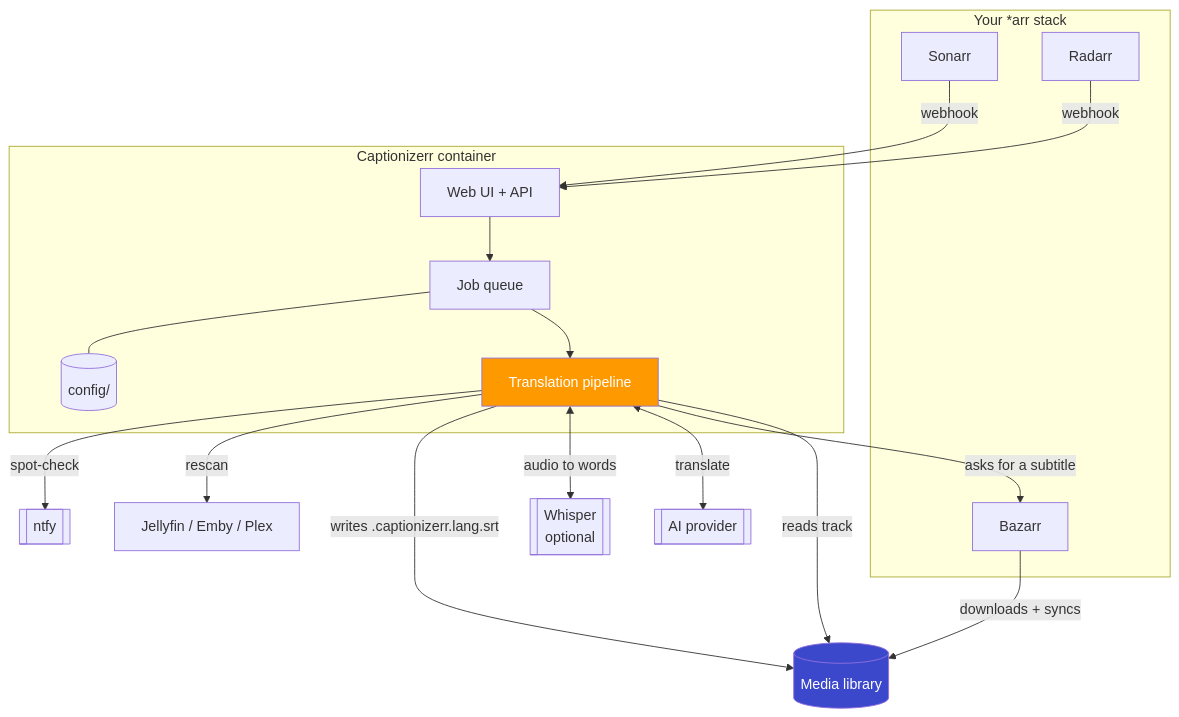
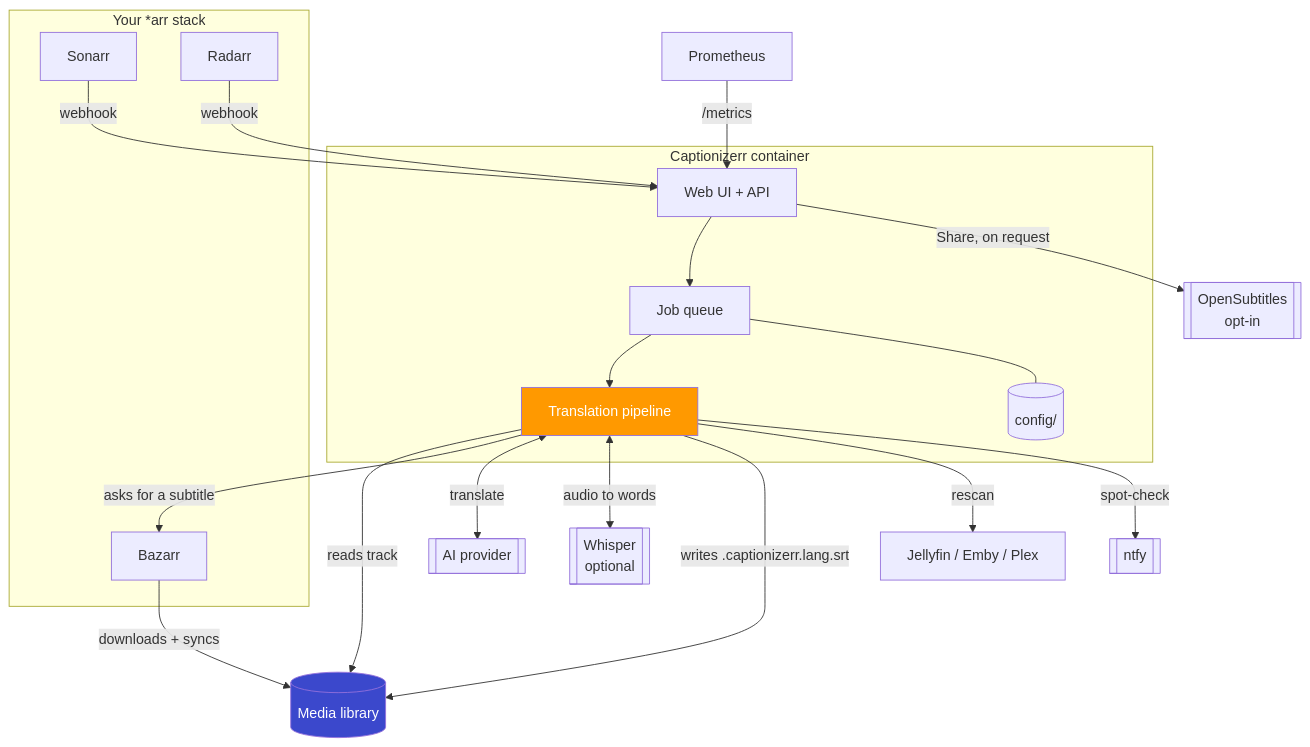
One commit to captionizerr/captionizerr changed the first of 9 diagrams in docs/architecture.md. Above: the diagram before and after it, drawn with Mermaid. The commit also changed other lines of this file and 2 other files, not shown here.

Commit message:
Docs/site: renames keep records, large files and existing subtitles, OpenSubtitles + Prometheus in the overview diagram, library and share cards
Claude-Session: https://claude.ai/code/session_01VKQMaZC829f1b45iqzX7Zz

````diff
--- a/docs/architecture.md
+++ b/docs/architecture.md
@@ -7,37 +7,41 @@
 ```mermaid
 flowchart TD
     subgraph Arr["Your *arr stack"]
         S[Sonarr]
         R[Radarr]
         B[Bazarr]
     end
 
     subgraph CZ["Captionizerr container"]
         W[Web UI + API]
         Q[Job queue]
         P[Translation pipeline]
         D[(config/)]
     end
 
     L[(Media library)]
     AI[[AI provider]]
     WH[[Whisper<br/>optional]]
     M[Jellyfin / Emby / Plex]
     N[[ntfy]]
+    OS[[OpenSubtitles<br/>opt-in]]
+    PR[Prometheus]
 
     S -->|webhook| W
     R -->|webhook| W
     W --> Q --> P
     P -->|reads track| L
     P -->|asks for a subtitle| B
     B -->|downloads + syncs| L
     P <-->|translate| AI
     P <-->|audio to words| WH
     P -->|writes .captionizerr.lang.srt| L
     P -->|rescan| M
     P -->|spot-check| N
+    W -->|Share, on request| OS
+    PR -->|/metrics| W
     Q --- D
 
     style P fill:#FF9900,color:#fff
     style L fill:#3B48CC,color:#fff
 ```
````
